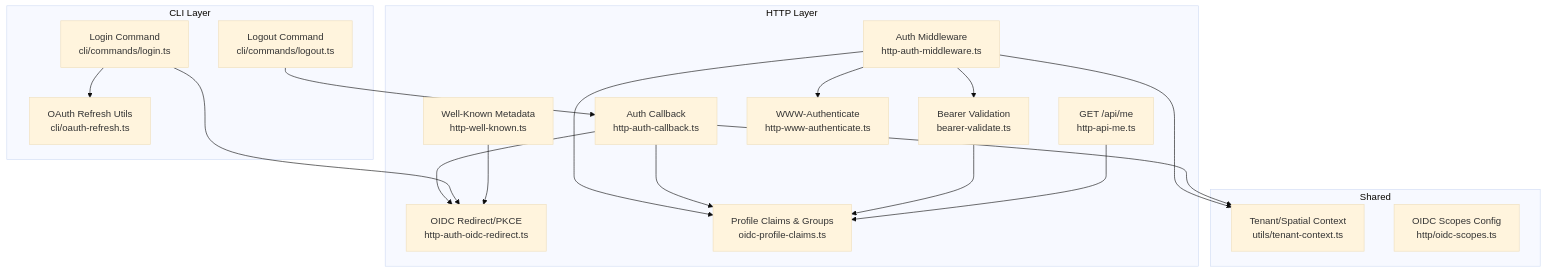
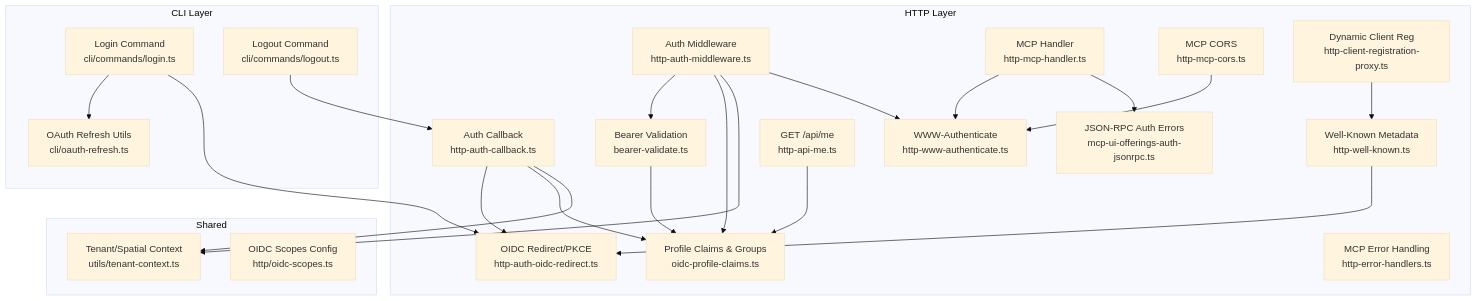
Before and after one commit to debian777/kairos-mcp: the first of 14 diagrams in .qoder/repowiki/en/content/Core Services/Authentication & Authorization/Authentication & Authorization.md, drawn with Mermaid (base theme). The commit also changed other lines of this file and 17 other files, not shown here.

````diff
--- a/.qoder/repowiki/en/content/Core Services/Authentication & Authorization/Authentication & Authorization.md
+++ b/.qoder/repowiki/en/content/Core Services/Authentication & Authorization/Authentication & Authorization.md
@@ -46,35 +66,44 @@
 ```mermaid
 graph TB
 subgraph "HTTP Layer"
 MW["Auth Middleware<br/>http-auth-middleware.ts"]
 CB["Auth Callback<br/>http-auth-callback.ts"]
 RED["OIDC Redirect/PKCE<br/>http-auth-oidc-redirect.ts"]
 BV["Bearer Validation<br/>bearer-validate.ts"]
 PC["Profile Claims & Groups<br/>oidc-profile-claims.ts"]
 WK["Well-Known Metadata<br/>http-well-known.ts"]
 WA["WWW-Authenticate<br/>http-www-authenticate.ts"]
 ME["GET /api/me<br/>http-api-me.ts"]
+MCP["MCP Handler<br/>http-mcp-handler.ts"]
+MCPERR["MCP Error Handling<br/>http-error-handlers.ts"]
+MCPJSON["JSON-RPC Auth Errors<br/>mcp-ui-offerings-auth-jsonrpc.ts"]
+MCPWASM["MCP CORS<br/>http-mcp-cors.ts"]
+DCR["Dynamic Client Reg<br/>http-client-registration-proxy.ts"]
 end
 subgraph "CLI Layer"
 LG["Login Command<br/>cli/commands/login.ts"]
 LO["Logout Command<br/>cli/commands/logout.ts"]
 OR["OAuth Refresh Utils<br/>cli/oauth-refresh.ts"]
 end
 subgraph "Shared"
 TC["Tenant/Spatial Context<br/>utils/tenant-context.ts"]
 SC["OIDC Scopes Config<br/>http/oidc-scopes.ts"]
 end
 MW --> BV
 MW --> PC
 MW --> TC
 MW --> WA
 CB --> RED
 CB --> PC
 CB --> TC
 BV --> PC
 LG --> OR
 LG --> RED
 LO --> CB
 WK --> RED
 ME --> PC
+MCP --> WA
+MCP --> MCPJSON
+MCPWASM --> WA
+DCR --> WK
 ```
````
